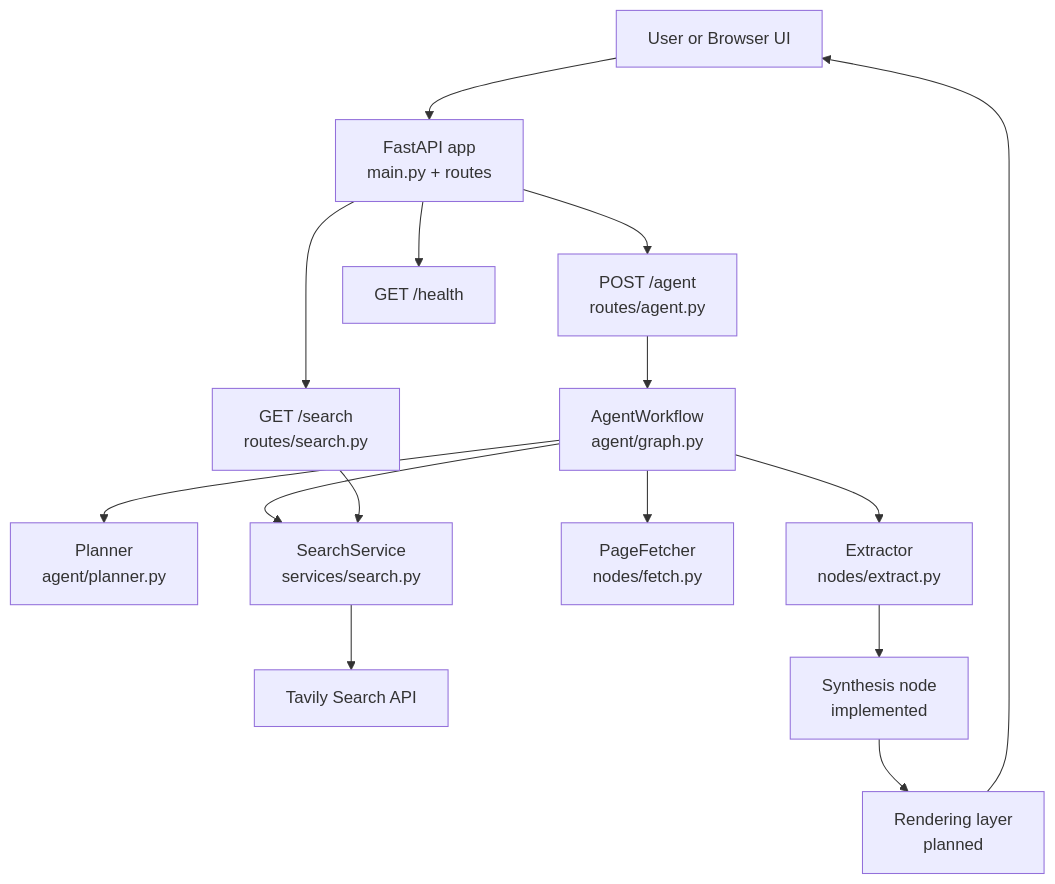
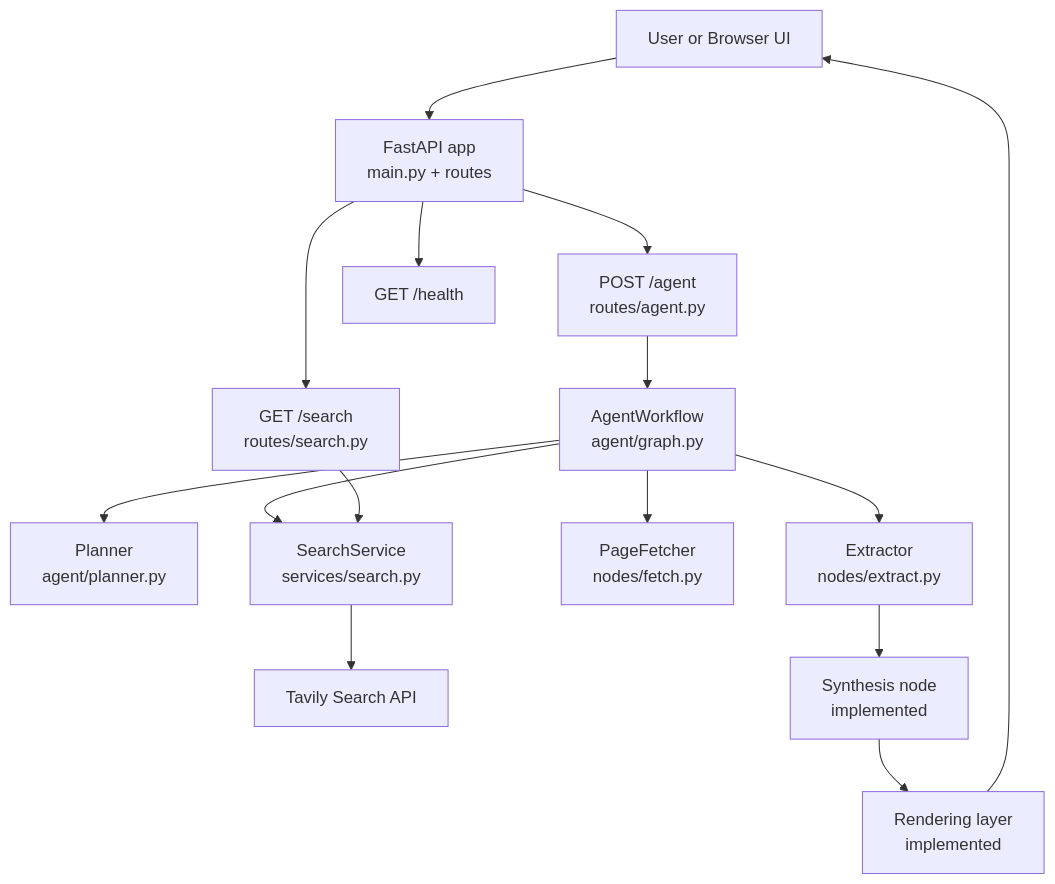
The first of 3 diagrams in docs/design.md (kunalchaturvedi/agentic-browser), drawn with Mermaid before and after one commit. The commit also changed other lines of this file and 8 other files, not shown here.

````diff
--- a/docs/design.md
+++ b/docs/design.md
@@ -41,31 +42,31 @@
 ```mermaid
 flowchart TD
     User[User or Browser UI]
     FastAPI[FastAPI app\nmain.py + routes]
     AgentRoute[POST /agent\nroutes/agent.py]
     SearchRoute[GET /search\nroutes/search.py]
     Workflow[AgentWorkflow\nagent/graph.py]
     Planner[Planner\nagent/planner.py]
     SearchService[SearchService\nservices/search.py]
     Tavily[Tavily Search API]
     Fetcher[PageFetcher\nnodes/fetch.py]
     Extractor[Extractor\nnodes/extract.py]
     Synth[Synthesis node\nimplemented]
-    Render[Rendering layer\nplanned]
+    Render[Rendering layer\nimplemented]
     Health[GET /health]
 
     User --> FastAPI
     FastAPI --> AgentRoute
     FastAPI --> SearchRoute
     FastAPI --> Health
     AgentRoute --> Workflow
     Workflow --> Planner
     Workflow --> SearchService
     SearchRoute --> SearchService
     SearchService --> Tavily
     Workflow --> Fetcher
     Workflow --> Extractor
     Extractor --> Synth
     Synth --> Render
     Render --> User
 ```
````
